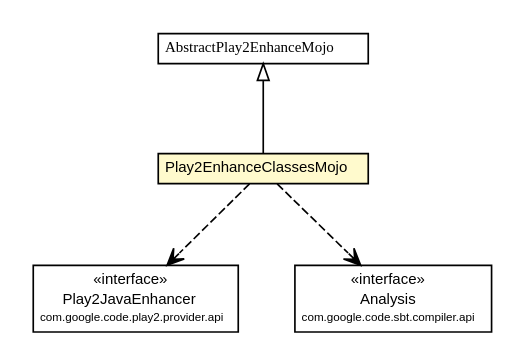
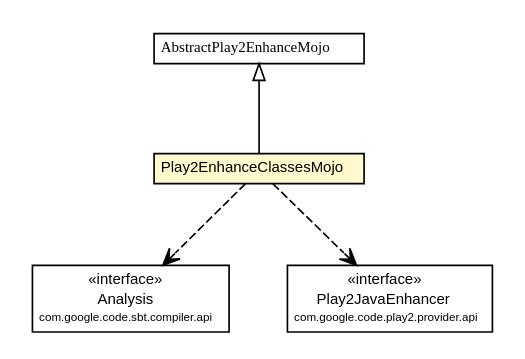
One commit to play2-maven-plugin/play2-maven-plugin.github.io changed the diagram in play2-maven-plugin/1.0.0-beta6-SNAPSHOT/play2-maven-plugin/apidocs/com/google/code/play2/plugin/Play2EnhanceClassesMojo.dot. Above: the diagram before and after it, drawn with Graphviz. The commit also changed 577 other files, not shown here.

```diff
--- a/play2-maven-plugin/1.0.0-beta6-SNAPSHOT/play2-maven-plugin/apidocs/com/google/code/play2/plugin/Play2EnhanceClassesMojo.dot
+++ b/play2-maven-plugin/1.0.0-beta6-SNAPSHOT/play2-maven-plugin/apidocs/com/google/code/play2/plugin/Play2EnhanceClassesMojo.dot
@@ -1,46 +1,46 @@
 #!/usr/local/bin/dot
 #
 # Class diagram 
 # Generated by UMLGraph version R5_6-24-gf6e263 (http://www.umlgraph.org/)
 #
 
 digraph G {
 	edge [fontname="arial",fontsize=10,labelfontname="arial",labelfontsize=10];
 	node [fontname="arial",fontsize=10,shape=plaintext];
 	nodesep=0.25;
 	ranksep=0.5;
 	// com.google.code.play2.plugin.Play2EnhanceClassesMojo
 	c848 [label=<<table title="com.google.code.play2.plugin.Play2EnhanceClassesMojo" border="0" cellborder="1" cellspacing="0" cellpadding="2" port="p" bgcolor="lemonChiffon" href="./Play2EnhanceClassesMojo.html">
 		<tr><td><table border="0" cellspacing="0" cellpadding="1">
 <tr><td align="center" balign="center"> Play2EnhanceClassesMojo </td></tr>
 		</table></td></tr>
 		</table>>, URL="./Play2EnhanceClassesMojo.html", fontname="arial", fontcolor="black", fontsize=9.0];
 	// com.google.code.play2.plugin.AbstractPlay2EnhanceMojo
 	c863 [label=<<table title="com.google.code.play2.plugin.AbstractPlay2EnhanceMojo" border="0" cellborder="1" cellspacing="0" cellpadding="2" port="p" href="./AbstractPlay2EnhanceMojo.html">
 		<tr><td><table border="0" cellspacing="0" cellpadding="1">
 <tr><td align="center" balign="center"><font face="arial italic"> AbstractPlay2EnhanceMojo </font></td></tr>
 		</table></td></tr>
 		</table>>, URL="./AbstractPlay2EnhanceMojo.html", fontname="arial", fontcolor="black", fontsize=9.0];
 	//com.google.code.play2.plugin.Play2EnhanceClassesMojo extends com.google.code.play2.plugin.AbstractPlay2EnhanceMojo
 	c863:p -> c848:p [dir=back,arrowtail=empty];
+	// com.google.code.play2.plugin.Play2EnhanceClassesMojo DEPEND com.google.code.sbt.compiler.api.Analysis
+	c848:p -> c870:p [taillabel="", label="", headlabel="", fontname="arial", fontcolor="black", fontsize=10.0, color="black", arrowhead=open, style=dashed];
 	// com.google.code.play2.plugin.Play2EnhanceClassesMojo DEPEND com.google.code.play2.provider.api.Play2JavaEnhancer
-	c848:p -> c870:p [taillabel="", label="", headlabel="", fontname="arial", fontcolor="black", fontsize=10.0, color="black", arrowhead=open, style=dashed];
-	// com.google.code.play2.plugin.Play2EnhanceClassesMojo DEPEND com.google.code.sbt.compiler.api.Analysis
 	c848:p -> c871:p [taillabel="", label="", headlabel="", fontname="arial", fontcolor="black", fontsize=10.0, color="black", arrowhead=open, style=dashed];
 	// com.google.code.play2.provider.api.Play2JavaEnhancer
-	c870 [label=<<table title="com.google.code.play2.provider.api.Play2JavaEnhancer" border="0" cellborder="1" cellspacing="0" cellpadding="2" port="p">
+	c871 [label=<<table title="com.google.code.play2.provider.api.Play2JavaEnhancer" border="0" cellborder="1" cellspacing="0" cellpadding="2" port="p">
 		<tr><td><table border="0" cellspacing="0" cellpadding="1">
 <tr><td align="center" balign="center"> &#171;interface&#187; </td></tr>
 <tr><td align="center" balign="center"> Play2JavaEnhancer </td></tr>
 <tr><td align="center" balign="center"><font point-size="7.0"> com.google.code.play2.provider.api </font></td></tr>
 		</table></td></tr>
 		</table>>, URL="null", fontname="arial", fontcolor="black", fontsize=9.0];
 	// com.google.code.sbt.compiler.api.Analysis
-	c871 [label=<<table title="com.google.code.sbt.compiler.api.Analysis" border="0" cellborder="1" cellspacing="0" cellpadding="2" port="p" href="http://sbt-compiler-maven-plugin.github.io/sbt-compiler-maven-plugin/1.0.0-rc1/sbt-compiler-api/apidocs/com/google/code/sbt/compiler/api/Analysis.html">
+	c870 [label=<<table title="com.google.code.sbt.compiler.api.Analysis" border="0" cellborder="1" cellspacing="0" cellpadding="2" port="p" href="http://sbt-compiler-maven-plugin.github.io/sbt-compiler-maven-plugin/1.0.0-rc1/sbt-compiler-api/apidocs/com/google/code/sbt/compiler/api/Analysis.html">
 		<tr><td><table border="0" cellspacing="0" cellpadding="1">
 <tr><td align="center" balign="center"> &#171;interface&#187; </td></tr>
 <tr><td align="center" balign="center"> Analysis </td></tr>
 <tr><td align="center" balign="center"><font point-size="7.0"> com.google.code.sbt.compiler.api </font></td></tr>
 		</table></td></tr>
 		</table>>, URL="http://sbt-compiler-maven-plugin.github.io/sbt-compiler-maven-plugin/1.0.0-rc1/sbt-compiler-api/apidocs/com/google/code/sbt/compiler/api/Analysis.html", fontname="arial", fontcolor="black", fontsize=9.0];
 }
```
